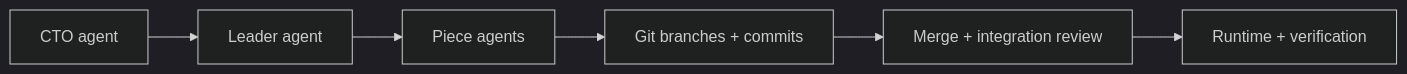
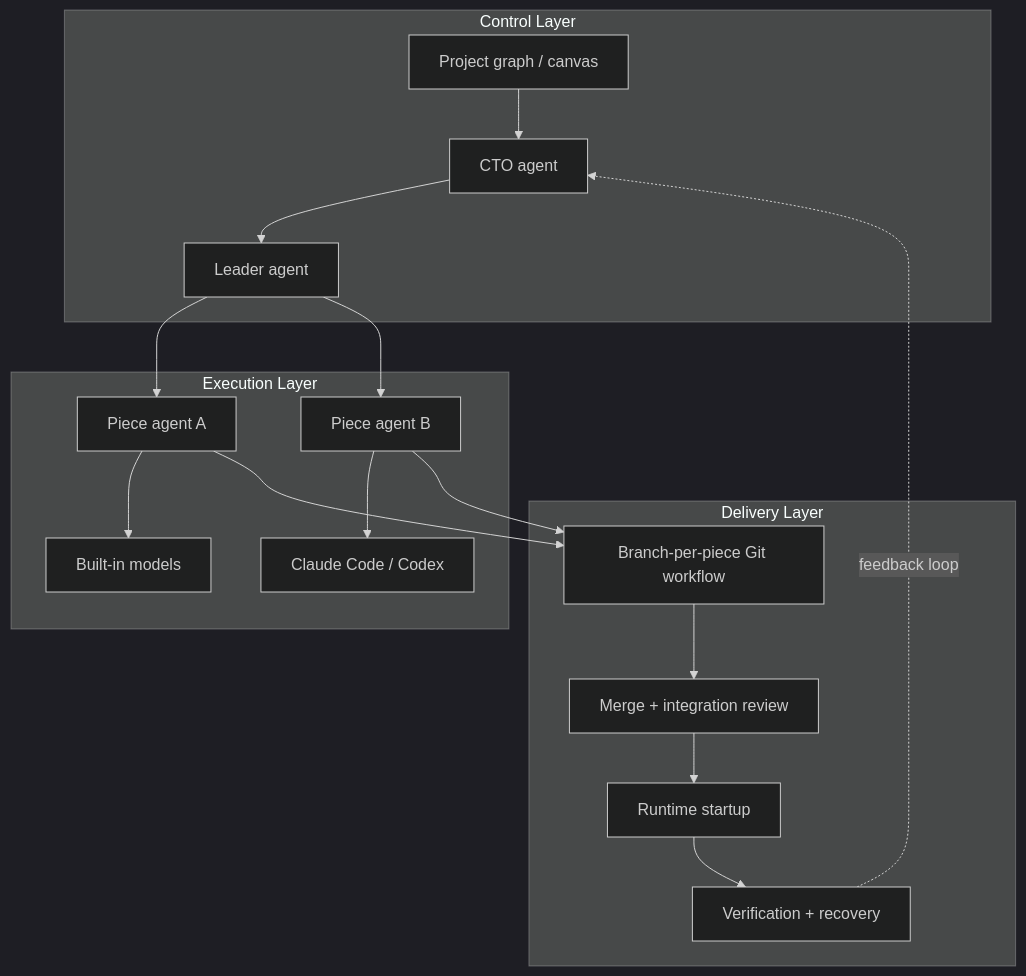
The diagram in README.md (Pradakicks/project_builder), drawn with Mermaid (dark theme) before and after one commit. The commit also changed other lines of this file, not shown here.

Commit message:
docs: improve README architecture diagram

````diff
--- a/README.md
+++ b/README.md
@@ -28,8 +28,33 @@
 ```mermaid
-flowchart LR
-  CTO[CTO agent] --> Leader[Leader agent]
-  Leader --> Pieces[Piece agents]
-  Pieces --> Git[Git branches + commits]
-  Git --> Merge[Merge + integration review]
-  Merge --> Runtime[Runtime + verification]
+flowchart TB
+  subgraph Control["Control Layer"]
+    Canvas[Project graph / canvas]
+    CTO[CTO agent]
+    Leader[Leader agent]
+    Canvas --> CTO
+    CTO --> Leader
+  end
+
+  subgraph Execution["Execution Layer"]
+    PieceA[Piece agent A]
+    PieceB[Piece agent B]
+    Models[Built-in models]
+    Coders[Claude Code / Codex]
+    Leader --> PieceA
+    Leader --> PieceB
+    PieceA --> Models
+    PieceB --> Coders
+  end
+
+  subgraph Delivery["Delivery Layer"]
+    Git[Branch-per-piece Git workflow]
+    Review[Merge + integration review]
+    Runtime[Runtime startup]
+    Verify[Verification + recovery]
+    Git --> Review --> Runtime --> Verify
+  end
+
+  PieceA --> Git
+  PieceB --> Git
+  Verify -. feedback loop .-> CTO
 ```
````
